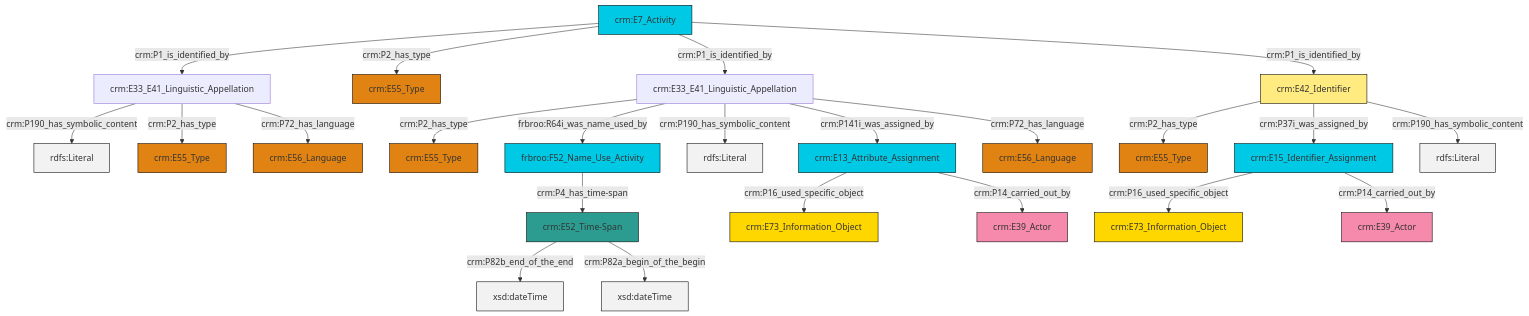
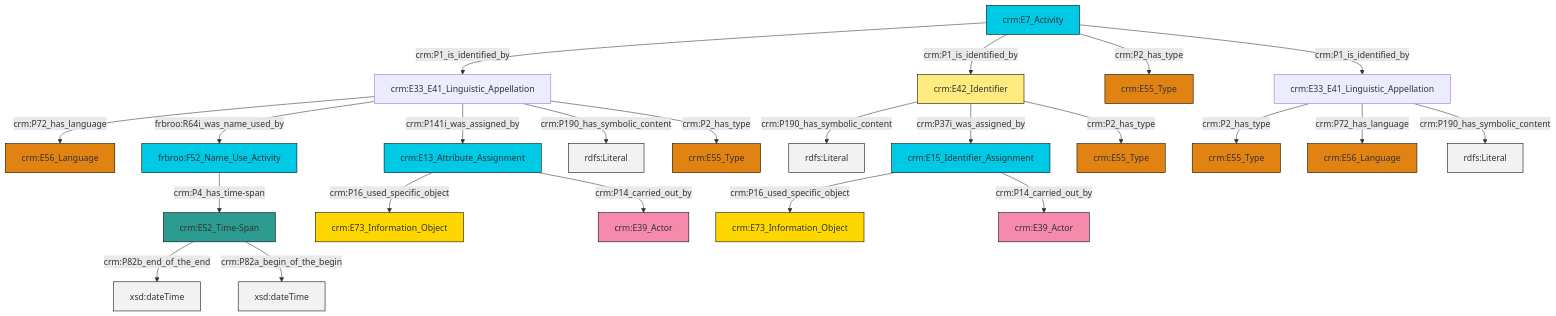
One commit to swiss-art-research-net/docs.swissartresearch changed the diagram in et/eventCSV/ttl/mmd/event_name.ttl.mmd. Above: the diagram before and after it, drawn with Mermaid. The commit also changed 177 other files, not shown here.

```diff
--- a/et/eventCSV/ttl/mmd/event_name.ttl.mmd
+++ b/et/eventCSV/ttl/mmd/event_name.ttl.mmd
@@ -1,37 +1,37 @@
 graph TD
 classDef Literal fill:#f2f2f2,stroke:#000000;
 classDef CRM_Entity fill:#FFFFFF,stroke:#000000;
 classDef Temporal_Entity fill:#00C9E6, stroke:#000000;
 classDef Type fill:#E18312, stroke:#000000;
 classDef Time-Span fill:#2C9C91, stroke:#000000;
 classDef Appellation fill:#FFEB7F, stroke:#000000;
 classDef Place fill:#008836, stroke:#000000;
 classDef Persistent_Item fill:#B266B2, stroke:#000000;
 classDef Conceptual_Object fill:#FFD700, stroke:#000000;
 classDef Physical_Thing fill:#D2B48C, stroke:#000000;
 classDef Actor fill:#f58aad, stroke:#000000;
 classDef PC_Classes fill:#4ce600, stroke:#000000;
 classDef Multi fill:#cccccc,stroke:#000000;
 
-2["crm:E33_E41_Linguistic_Appellation"]:::Default -->|crm:P2_has_type| 3["crm:E55_Type"]:::Type
-7["crm:E52_Time-Span"]:::Time-Span -->|crm:P82b_end_of_the_end| 8[xsd:dateTime]:::Literal
-11["crm:E13_Attribute_Assignment"]:::Temporal_Entity -->|crm:P16_used_specific_object| 12["crm:E73_Information_Object"]:::Conceptual_Object
-0["crm:E7_Activity"]:::Temporal_Entity -->|crm:P1_is_identified_by| 13["crm:E33_E41_Linguistic_Appellation"]:::Default
-22["crm:E42_Identifier"]:::Appellation -->|crm:P2_has_type| 23["crm:E55_Type"]:::Type
-22["crm:E42_Identifier"]:::Appellation -->|crm:P37i_was_assigned_by| 25["crm:E15_Identifier_Assignment"]:::Temporal_Entity
-0["crm:E7_Activity"]:::Temporal_Entity -->|crm:P2_has_type| 16["crm:E55_Type"]:::Type
-2["crm:E33_E41_Linguistic_Appellation"]:::Default -->|frbroo:R64i_was_name_used_by| 29["frbroo:F52_Name_Use_Activity"]:::Temporal_Entity
-7["crm:E52_Time-Span"]:::Time-Span -->|crm:P82a_begin_of_the_begin| 30[xsd:dateTime]:::Literal
-25["crm:E15_Identifier_Assignment"]:::Temporal_Entity -->|crm:P16_used_specific_object| 18["crm:E73_Information_Object"]:::Conceptual_Object
-2["crm:E33_E41_Linguistic_Appellation"]:::Default -->|crm:P190_has_symbolic_content| 31[rdfs:Literal]:::Literal
-13["crm:E33_E41_Linguistic_Appellation"]:::Default -->|crm:P190_has_symbolic_content| 32[rdfs:Literal]:::Literal
-22["crm:E42_Identifier"]:::Appellation -->|crm:P190_has_symbolic_content| 34[rdfs:Literal]:::Literal
-29["frbroo:F52_Name_Use_Activity"]:::Temporal_Entity -->|crm:P4_has_time-span| 7["crm:E52_Time-Span"]:::Time-Span
-2["crm:E33_E41_Linguistic_Appellation"]:::Default -->|crm:P141i_was_assigned_by| 11["crm:E13_Attribute_Assignment"]:::Temporal_Entity
-13["crm:E33_E41_Linguistic_Appellation"]:::Default -->|crm:P2_has_type| 9["crm:E55_Type"]:::Type
-0["crm:E7_Activity"]:::Temporal_Entity -->|crm:P1_is_identified_by| 2["crm:E33_E41_Linguistic_Appellation"]:::Default
-13["crm:E33_E41_Linguistic_Appellation"]:::Default -->|crm:P72_has_language| 4["crm:E56_Language"]:::Type
-11["crm:E13_Attribute_Assignment"]:::Temporal_Entity -->|crm:P14_carried_out_by| 14["crm:E39_Actor"]:::Actor
-2["crm:E33_E41_Linguistic_Appellation"]:::Default -->|crm:P72_has_language| 20["crm:E56_Language"]:::Type
-0["crm:E7_Activity"]:::Temporal_Entity -->|crm:P1_is_identified_by| 22["crm:E42_Identifier"]:::Appellation
-25["crm:E15_Identifier_Assignment"]:::Temporal_Entity -->|crm:P14_carried_out_by| 39["crm:E39_Actor"]:::Actor
+2["crm:E33_E41_Linguistic_Appellation"]:::Default -->|crm:P72_has_language| 3["crm:E56_Language"]:::Type
+4["crm:E7_Activity"]:::Temporal_Entity -->|crm:P1_is_identified_by| 2["crm:E33_E41_Linguistic_Appellation"]:::Default
+4["crm:E7_Activity"]:::Temporal_Entity -->|crm:P1_is_identified_by| 5["crm:E42_Identifier"]:::Appellation
+6["frbroo:F52_Name_Use_Activity"]:::Temporal_Entity -->|crm:P4_has_time-span| 0["crm:E52_Time-Span"]:::Time-Span
+7["crm:E13_Attribute_Assignment"]:::Temporal_Entity -->|crm:P16_used_specific_object| 8["crm:E73_Information_Object"]:::Conceptual_Object
+0["crm:E52_Time-Span"]:::Time-Span -->|crm:P82b_end_of_the_end| 9[xsd:dateTime]:::Literal
+2["crm:E33_E41_Linguistic_Appellation"]:::Default -->|frbroo:R64i_was_name_used_by| 6["frbroo:F52_Name_Use_Activity"]:::Temporal_Entity
+7["crm:E13_Attribute_Assignment"]:::Temporal_Entity -->|crm:P14_carried_out_by| 15["crm:E39_Actor"]:::Actor
+2["crm:E33_E41_Linguistic_Appellation"]:::Default -->|crm:P141i_was_assigned_by| 7["crm:E13_Attribute_Assignment"]:::Temporal_Entity
+11["crm:E33_E41_Linguistic_Appellation"]:::Default -->|crm:P2_has_type| 22["crm:E55_Type"]:::Type
+0["crm:E52_Time-Span"]:::Time-Span -->|crm:P82a_begin_of_the_begin| 23[xsd:dateTime]:::Literal
+2["crm:E33_E41_Linguistic_Appellation"]:::Default -->|crm:P190_has_symbolic_content| 28[rdfs:Literal]:::Literal
+5["crm:E42_Identifier"]:::Appellation -->|crm:P190_has_symbolic_content| 29[rdfs:Literal]:::Literal
+11["crm:E33_E41_Linguistic_Appellation"]:::Default -->|crm:P72_has_language| 16["crm:E56_Language"]:::Type
+4["crm:E7_Activity"]:::Temporal_Entity -->|crm:P2_has_type| 30["crm:E55_Type"]:::Type
+20["crm:E15_Identifier_Assignment"]:::Temporal_Entity -->|crm:P16_used_specific_object| 13["crm:E73_Information_Object"]:::Conceptual_Object
+5["crm:E42_Identifier"]:::Appellation -->|crm:P37i_was_assigned_by| 20["crm:E15_Identifier_Assignment"]:::Temporal_Entity
+20["crm:E15_Identifier_Assignment"]:::Temporal_Entity -->|crm:P14_carried_out_by| 24["crm:E39_Actor"]:::Actor
+5["crm:E42_Identifier"]:::Appellation -->|crm:P2_has_type| 32["crm:E55_Type"]:::Type
+2["crm:E33_E41_Linguistic_Appellation"]:::Default -->|crm:P2_has_type| 36["crm:E55_Type"]:::Type
+4["crm:E7_Activity"]:::Temporal_Entity -->|crm:P1_is_identified_by| 11["crm:E33_E41_Linguistic_Appellation"]:::Default
+11["crm:E33_E41_Linguistic_Appellation"]:::Default -->|crm:P190_has_symbolic_content| 41[rdfs:Literal]:::Literal
```
